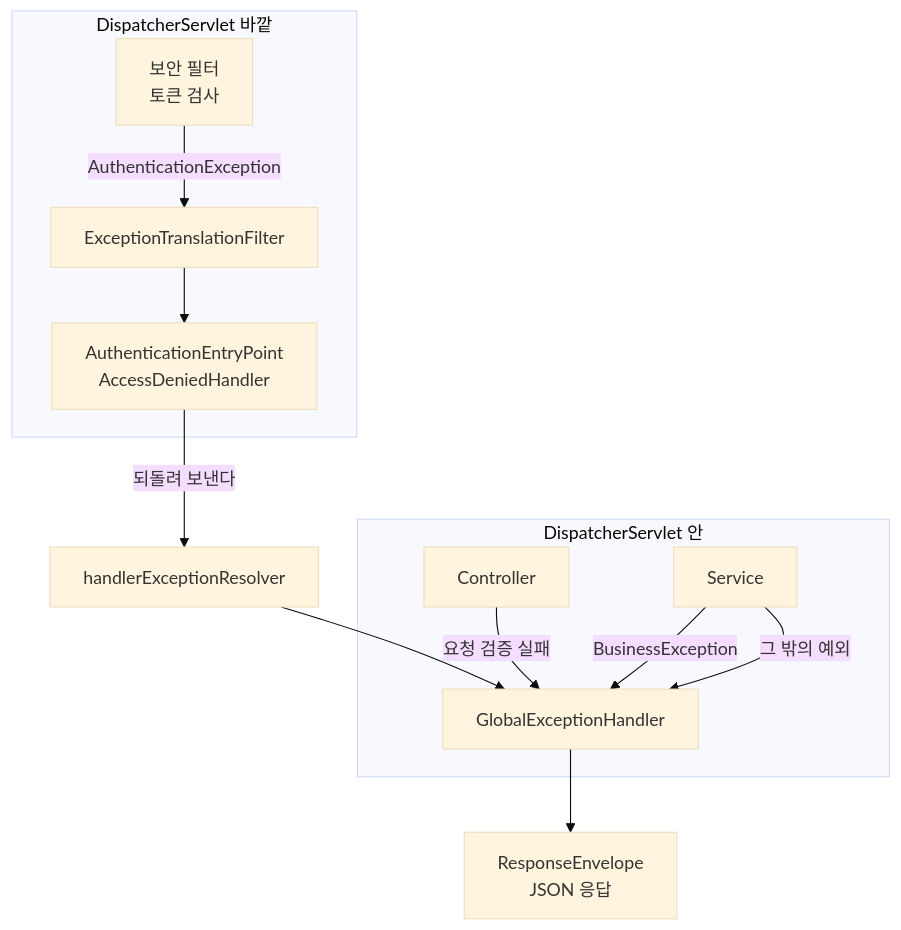
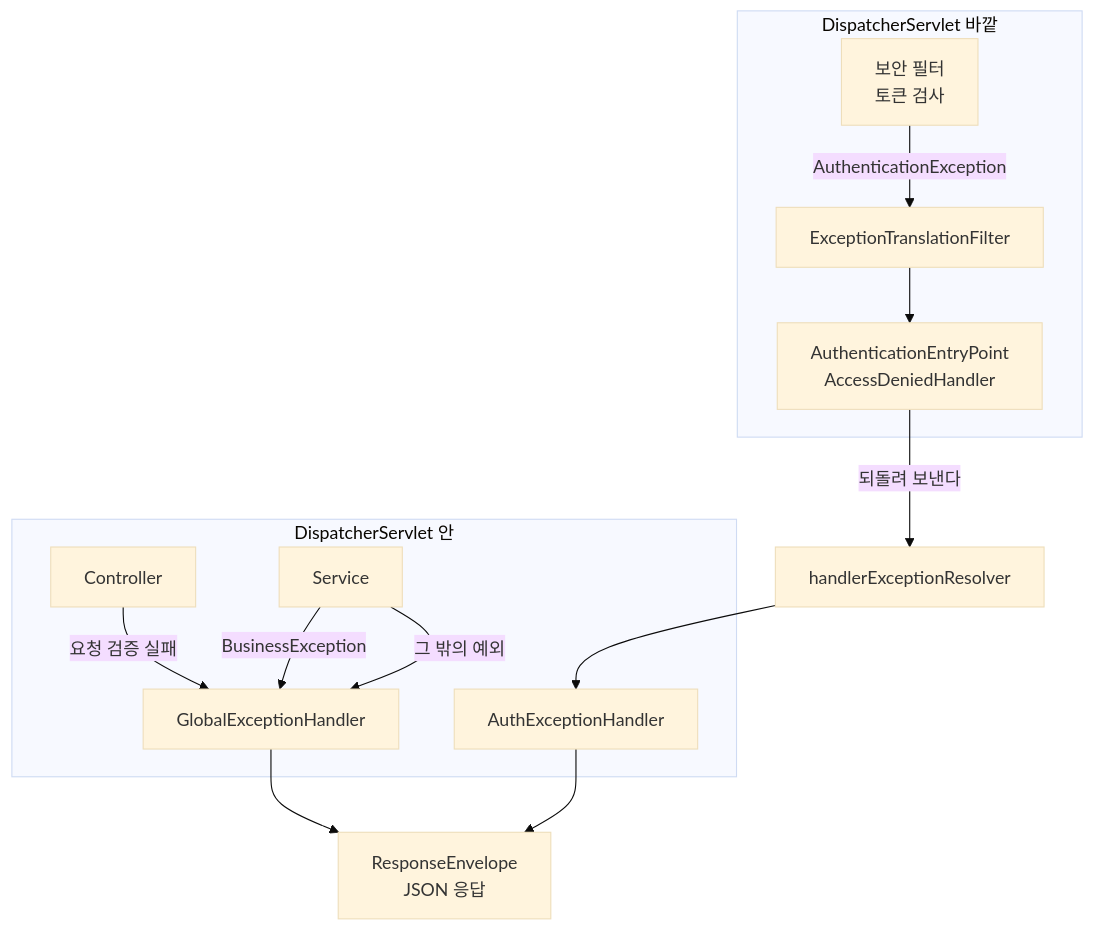
One commit to lunch-catch/lc-backend changed the first of 6 diagrams in docs/code-convention/response-exception-flow.md. Above: the diagram before and after it, drawn with Mermaid (base theme). The commit also changed other lines of this file and 5 other files, not shown here.

````diff
--- a/docs/code-convention/response-exception-flow.md
+++ b/docs/code-convention/response-exception-flow.md
@@ -48,28 +48,30 @@
 ```mermaid
 flowchart TB
     subgraph outside["DispatcherServlet 바깥"]
         F["보안 필터<br/>토큰 검사"]
         ETF["ExceptionTranslationFilter"]
         EP["AuthenticationEntryPoint<br/>AccessDeniedHandler"]
     end
 
     subgraph inside["DispatcherServlet 안"]
         Ctrl["Controller"]
         Svc["Service"]
         GEH["GlobalExceptionHandler"]
+        AEH["AuthExceptionHandler"]
     end
 
     HER["handlerExceptionResolver"]
     Resp["ResponseEnvelope<br/>JSON 응답"]
 
     F -->|"AuthenticationException"| ETF
     ETF --> EP
     EP -->|"되돌려 보낸다"| HER
-    HER --> GEH
+    HER --> AEH
 
     Ctrl -->|"요청 검증 실패"| GEH
     Svc -->|"BusinessException"| GEH
     Svc -->|"그 밖의 예외"| GEH
 
     GEH --> Resp
+    AEH --> Resp
 ```
````
